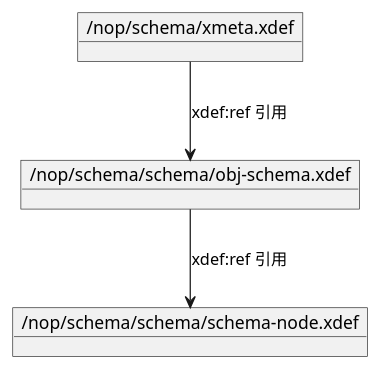
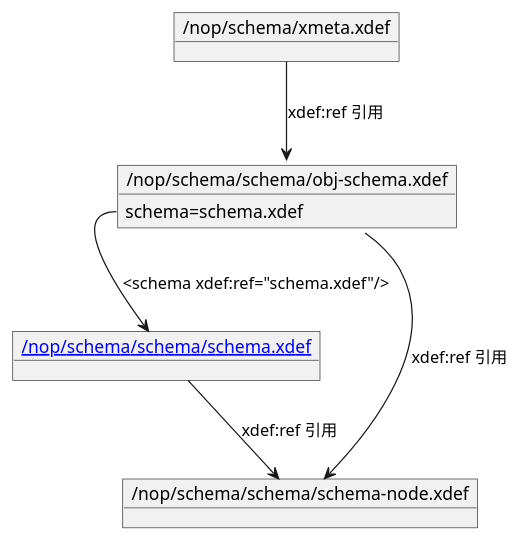
The first of 4 diagrams in docs/500.manual/100.xmeta.md (crazydan-studio/nop.crazydan.io), drawn with PlantUML before and after one commit. The commit also changed other lines of this file and 2 other files, not shown here.

````diff
--- a/docs/500.manual/100.xmeta.md
+++ b/docs/500.manual/100.xmeta.md
@@ -29,11 +19,18 @@
 ```plantuml
 object "/nop/schema/xmeta.xdef" as xmeta {
 }
+object "/nop/schema/schema/obj-schema.xdef" as obj_schema {
+  schema=schema.xdef
+}
+object "[[./dsl/schema /nop/schema/schema/schema.xdef]]" as schema {
+}
 object "/nop/schema/schema/schema-node.xdef" as schema_node {
-}
-object "/nop/schema/schema/obj-schema.xdef" as obj_schema {
 }
 
 xmeta -down-> obj_schema: xdef:ref 引用
+
 obj_schema -down-> schema_node: xdef:ref 引用
+obj_schema::schema --> schema: <schema xdef:ref="schema.xdef"/>
+
+schema -down-> schema_node: xdef:ref 引用
 ```
````
